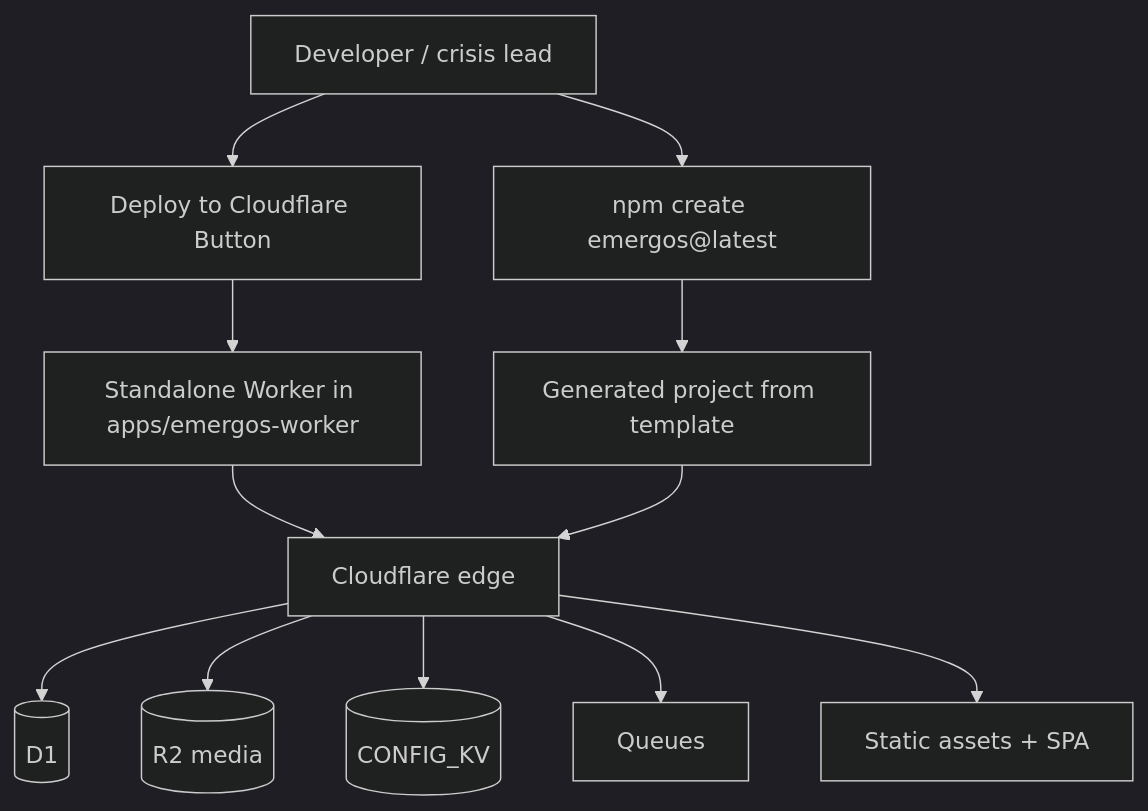
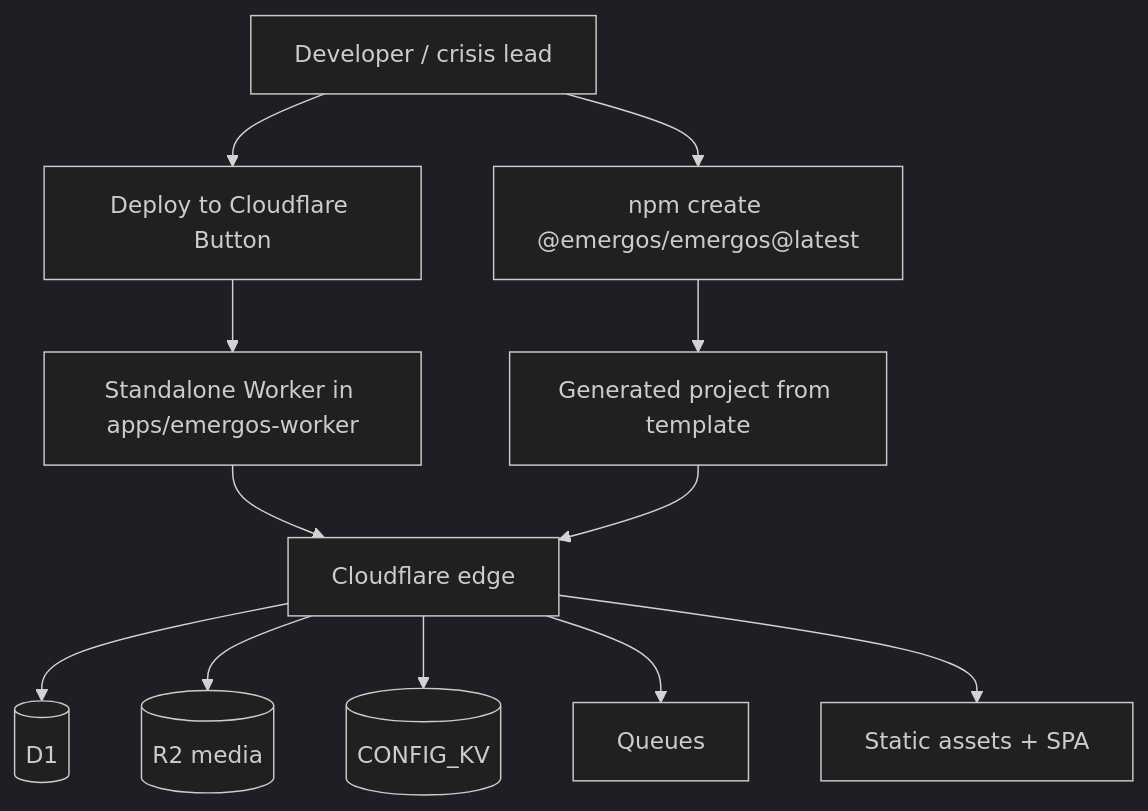
One commit to emergOS/emergOS changed the third of 6 diagrams in README.md. Above: the diagram before and after it, drawn with Mermaid (dark theme). The commit also changed other lines of this file and 1 other file, not shown here.

Commit message:
new npm org for the package

````diff
--- a/README.md
+++ b/README.md
@@ -127,18 +127,18 @@
 ```mermaid
 flowchart TD
   Dev["Developer / crisis lead"]
   Dev --> Btn["Deploy to Cloudflare Button"]
-  Dev --> CLI["npm create emergos@latest"]
+  Dev --> CLI["npm create @emergos/emergos@latest"]
 
   Btn --> Worker["Standalone Worker in apps/emergos-worker"]
   CLI --> Starter["Generated project from template"]
 
   Worker --> CF["Cloudflare edge"]
   Starter --> CF
 
   CF --> D1[(D1)]
   CF --> R2[(R2 media)]
   CF --> KV[(CONFIG_KV)]
   CF --> Q[Queues]
   CF --> Assets[Static assets + SPA]
 ```
````
